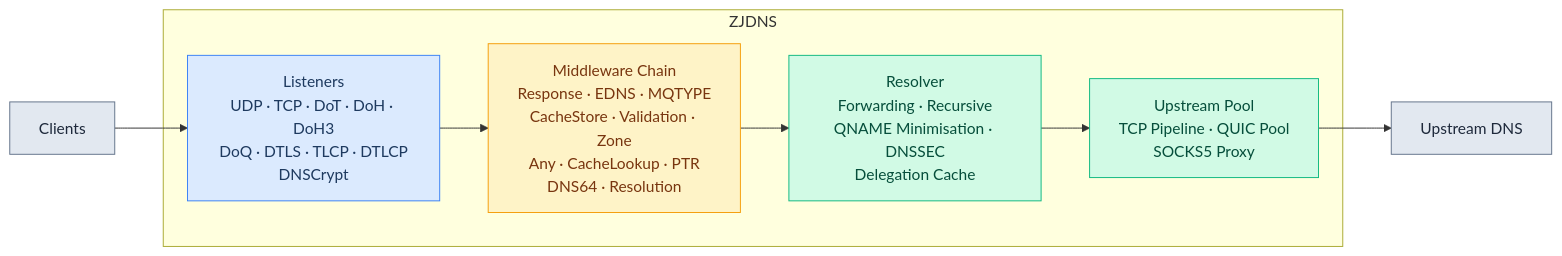
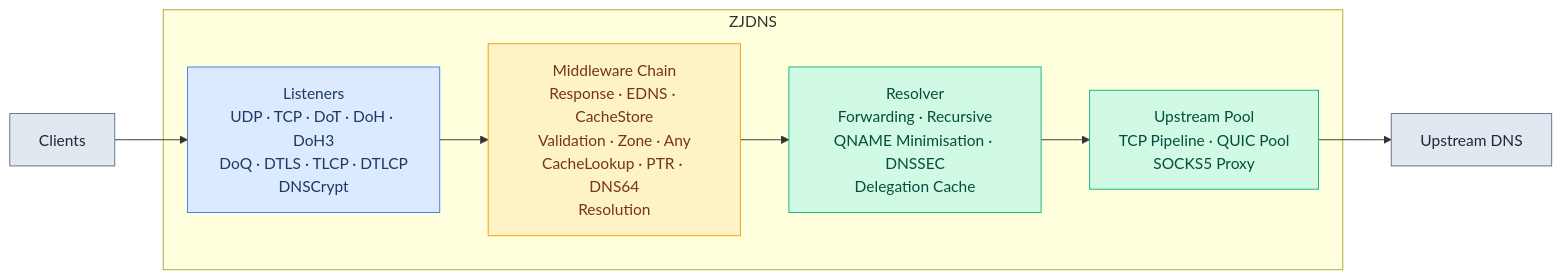
Before and after one commit to hezhijie0327/ZJDNS: the first of 28 diagrams in docs/FLOWCHARTS.md, drawn with Mermaid. The commit also changed other lines of this file and 30 other files, not shown here.

````diff
--- a/docs/FLOWCHARTS.md
+++ b/docs/FLOWCHARTS.md
@@ -5,18 +5,18 @@
 ```mermaid
 graph LR
     C[Clients] --> L
     subgraph ZJDNS
-        L[Listeners<br/>UDP · TCP · DoT · DoH · DoH3<br/>DoQ · DTLS · TLCP · DTLCP<br/>DNSCrypt] --> MW[Middleware Chain<br/>Response · EDNS · MQTYPE<br/>CacheStore · Validation · Zone<br/>Any · CacheLookup · PTR<br/>DNS64 · Resolution]
+        L[Listeners<br/>UDP · TCP · DoT · DoH · DoH3<br/>DoQ · DTLS · TLCP · DTLCP<br/>DNSCrypt] --> MW[Middleware Chain<br/>Response · EDNS · CacheStore<br/>Validation · Zone · Any<br/>CacheLookup · PTR · DNS64<br/>Resolution]
         MW --> RES[Resolver<br/>Forwarding · Recursive<br/>QNAME Minimisation · DNSSEC<br/>Delegation Cache]
         RES --> UP[Upstream Pool<br/>TCP Pipeline · QUIC Pool<br/>SOCKS5 Proxy]
     end
     UP --> U[Upstream DNS]
     classDef ext fill:#e2e8f0,stroke:#64748b,color:#1e293b
     classDef listen fill:#dbeafe,stroke:#3b82f6,color:#1e3a5f
     classDef proc fill:#fef3c7,stroke:#f59e0b,color:#78350f
     classDef resolve fill:#d1fae5,stroke:#10b981,color:#064e3b
     class C,U ext
     class L listen
     class MW proc
     class RES,UP resolve
 ```
````
